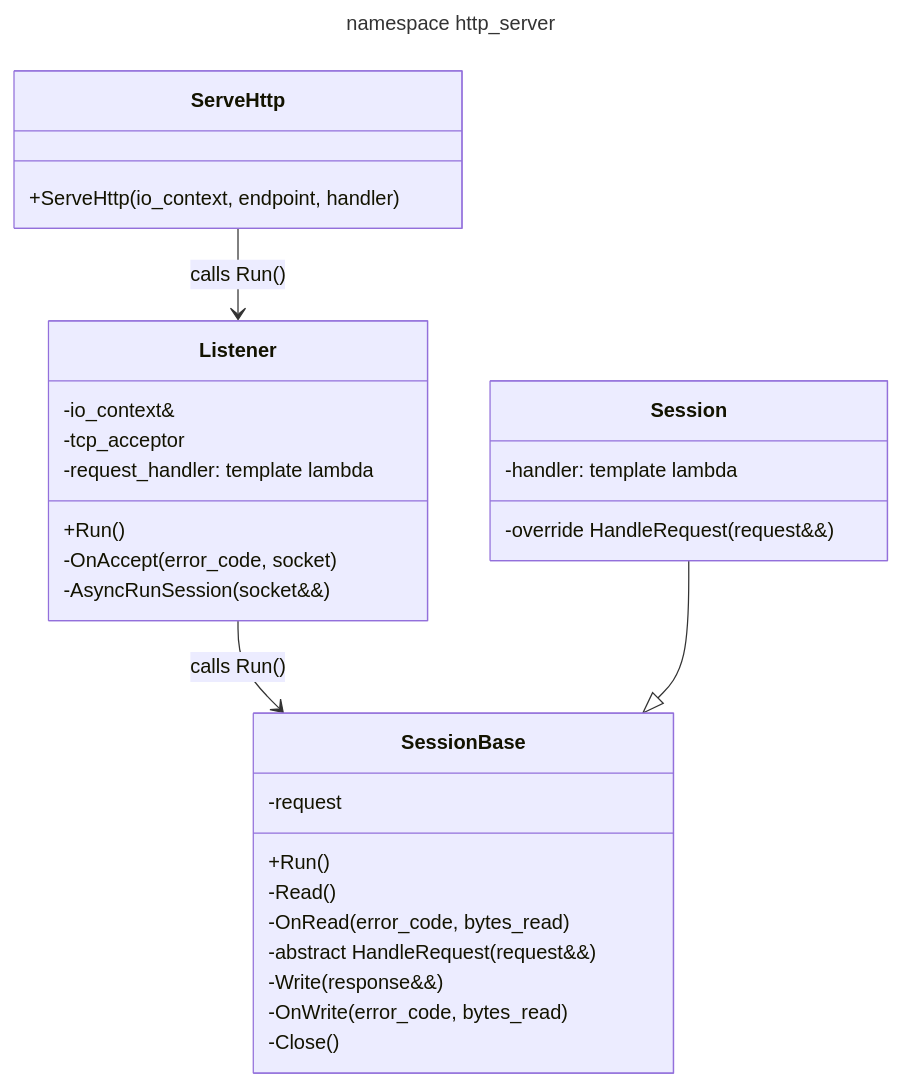
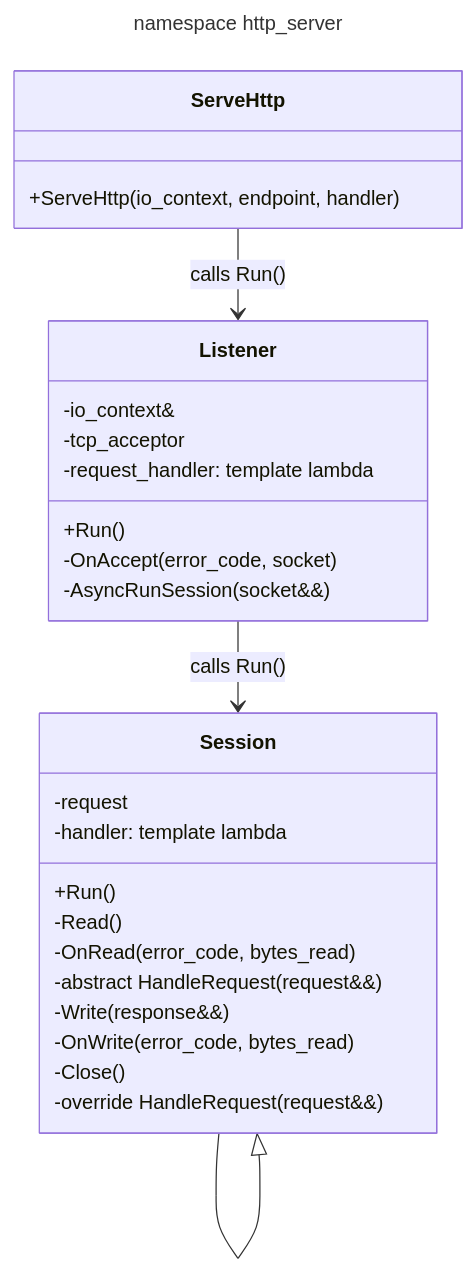
One commit to LeeDoor/game_webserver changed the first of 2 diagrams in uml_diagrams.md. Above: the diagram before and after it, drawn with Mermaid. The commit also changed other lines of this file and 12 other files, not shown here.

````diff
--- a/uml_diagrams.md
+++ b/uml_diagrams.md
@@ -5,35 +5,35 @@
 ```mermaid
 ---
 title: namespace http_server
 ---
 classDiagram
 class ServeHttp{
 +ServeHttp(io_context, endpoint, handler)
 }
 class Listener{
 +Run()
 -OnAccept(error_code, socket)
 -AsyncRunSession(socket&&)
 -io_context&
 -tcp_acceptor
 -request_handler: template lambda
 }
-class SessionBase{
+class Session{
 +Run()
 -Read()
 -OnRead(error_code, bytes_read)
 -abstract HandleRequest(request&&)
 -Write(response&&)
 -OnWrite(error_code, bytes_read)
 -Close()
 -request
 }
 class Session{
 -override HandleRequest(request&&)
 -handler: template lambda
 }
 
 ServeHttp-->Listener : calls Run()
-Listener-->SessionBase : calls Run()
-Session--|>SessionBase
+Listener-->Session : calls Run()
+Session--|>Session
 ```
````
